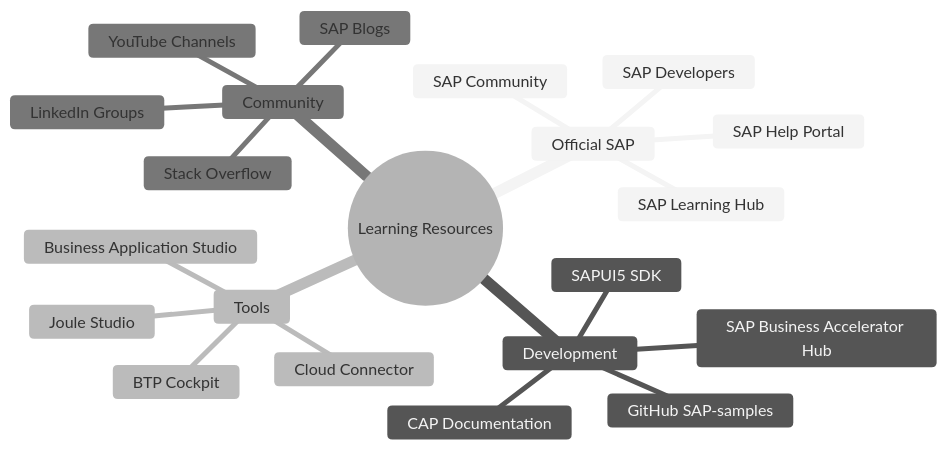
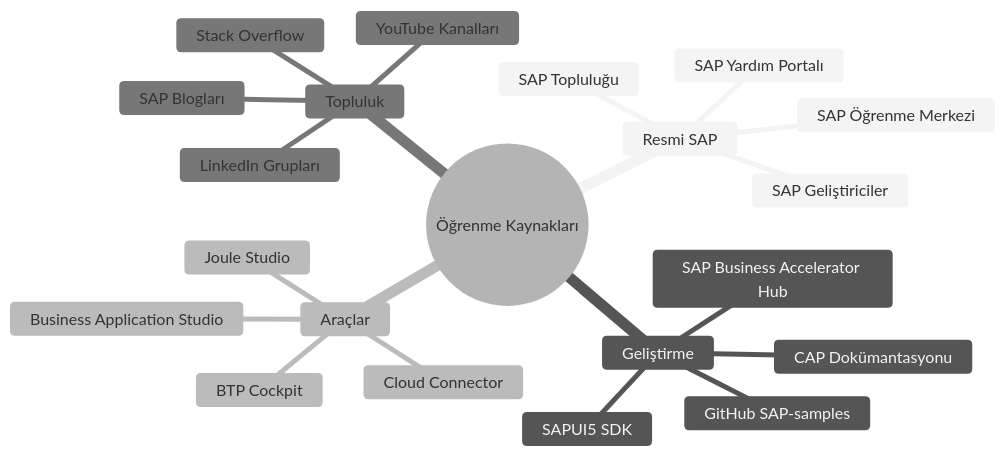
One commit to beyhanmeyrali/sap-all changed the first of 3 diagrams in Technical Tutorials/BTP/TR/chapters/appendix-c-resources.md. Above: the diagram before and after it, drawn with Mermaid (neutral theme). The commit also changed other lines of this file and 11 other files, not shown here.

````diff
--- a/Technical Tutorials/BTP/TR/chapters/appendix-c-resources.md
+++ b/Technical Tutorials/BTP/TR/chapters/appendix-c-resources.md
@@ -9,24 +9,24 @@
 ```mermaid
 mindmap
-  root((Learning Resources))
-    Official SAP
-      SAP Help Portal
-      SAP Developers
-      SAP Community
-      SAP Learning Hub
-    Development
+  root((Öğrenme Kaynakları))
+    Resmi SAP
+      SAP Yardım Portalı
+      SAP Geliştiriciler
+      SAP Topluluğu
+      SAP Öğrenme Merkezi
+    Geliştirme
       SAP Business Accelerator Hub
       GitHub SAP-samples
-      CAP Documentation
+      CAP Dokümantasyonu
       SAPUI5 SDK
-    Tools
+    Araçlar
       BTP Cockpit
       Business Application Studio
       Joule Studio
       Cloud Connector
-    Community
-      SAP Blogs
-      YouTube Channels
+    Topluluk
+      SAP Blogları
+      YouTube Kanalları
       Stack Overflow
-      LinkedIn Groups
+      LinkedIn Grupları
 ```
````
